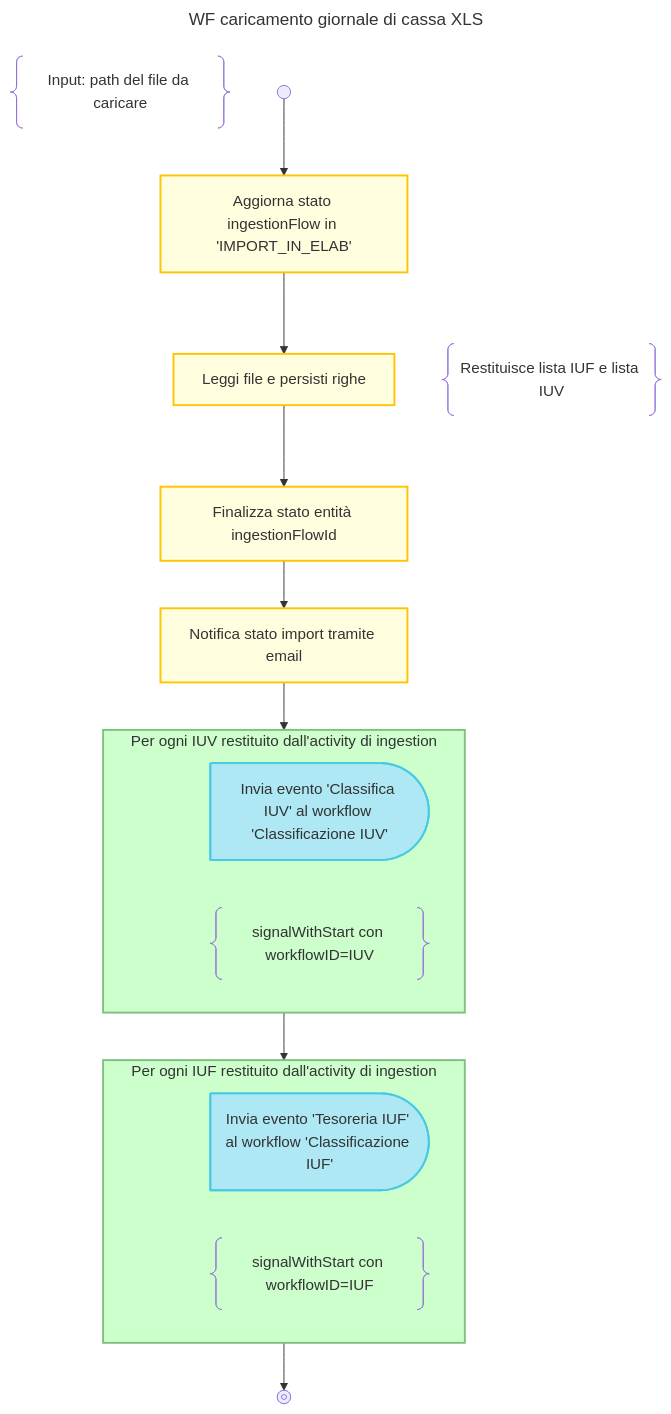
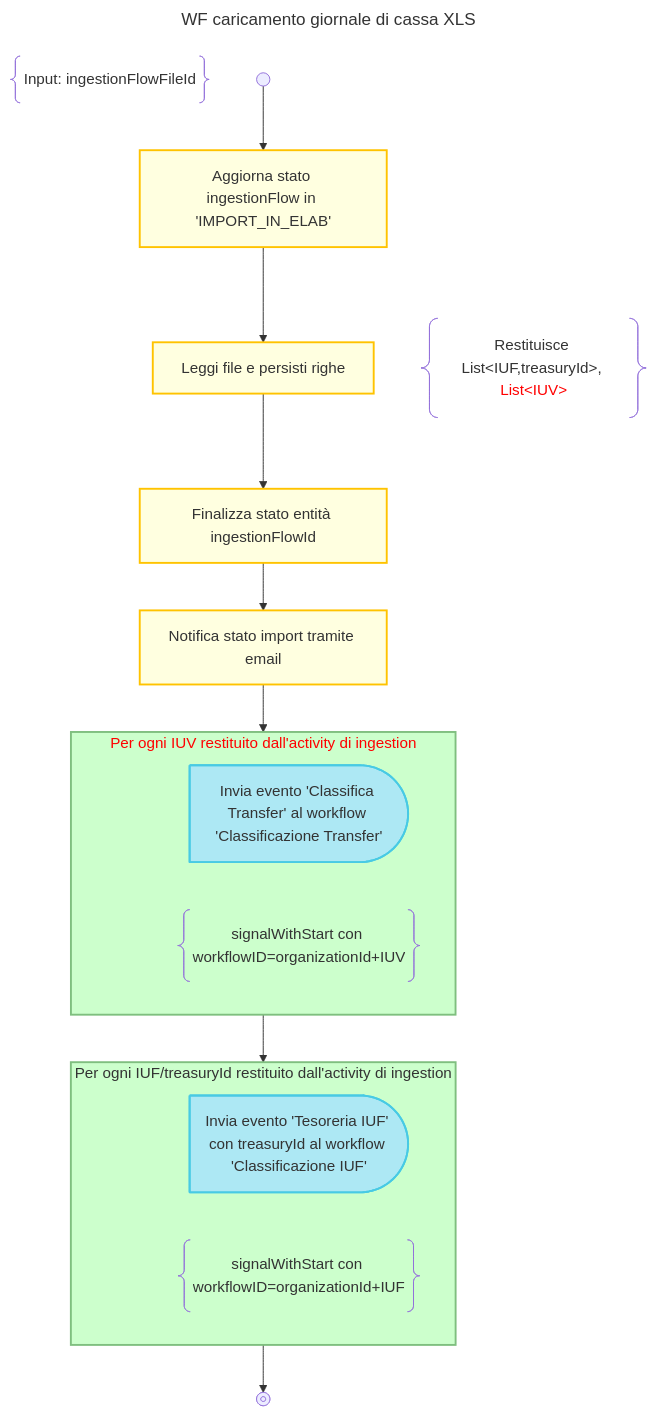
The diagram in design/workflow/classificazioneIncassi/04.tesoreriaXLS-ingestion.mmd (pagopa/p4pa-doc), drawn with Mermaid before and after one commit. The commit also changed 20 other files, not shown here.

Commit message:
fix classification sequencing by orgId+IUV+IUR+transferIndex

```diff
--- a/design/workflow/classificazioneIncassi/04.tesoreriaXLS-ingestion.mmd
+++ b/design/workflow/classificazioneIncassi/04.tesoreriaXLS-ingestion.mmd
@@ -1,52 +1,53 @@
 ---
 title: WF caricamento giornale di cassa XLS
 ---
 flowchart TD
-    DESCRIPTION@{ shape: braces, label: "Input: path del file da caricare" }
+    DESCRIPTION@{ shape: braces, label: "Input: ingestionFlowFileId" }
     START@{shape: start} -->
     UPDATE_STATUS_INELAB:::activity@{label: "Aggiorna stato ingestionFlow in 'IMPORT_IN_ELAB'"} -->
     INGESTION:::activity@{label: "Leggi file e persisti righe"}
 
     subgraph INGESTION_NOTE_BLOCK
         INGESTION
-        INGESTION_NOTE@{shape: braces, label: "Restituisce lista IUF e lista IUV"}
+        INGESTION_NOTE@{shape: braces, label: "Restituisce List&lt;IUF,treasuryId&gt;, <span style=\"color:red\">List&lt;IUV&gt;</span>"}
     end
     class INGESTION_NOTE_BLOCK note_block
 
     INGESTION -->
     UPDATE_STATUS_COMPLETE:::activity@{label: "Finalizza stato entità ingestionFlowId"} -->
     SEND_EMAIL:::activity@{label: "Notifica stato import tramite email"} -->
     LOOP_IUVs
 
     subgraph LOOP_IUVs["Per ogni IUV restituito dall'activity di ingestion"]
 
         %% dummy block added to have an empty line
         DUMMY1:::hidden-->SIGNAL_IUV
         linkStyle 5 display:none;
 
-        SIGNAL_IUV:::send-signal@{shape: delay, label: "Invia evento 'Classifica IUV' al workflow 'Classificazione IUV'"}
-        NOTE_SIGNAL_IUV@{ shape: braces, label: "signalWithStart con workflowID=IUV" }
+        SIGNAL_IUV:::send-signal@{shape: delay, label: "Invia evento 'Classifica Transfer' al workflow 'Classificazione Transfer'"}
+        NOTE_SIGNAL_IUV@{ shape: braces, label: "signalWithStart con workflowID=organizationId+IUV" }
     end
     class LOOP_IUVs loop
+    style LOOP_IUVs color:red;
 
     LOOP_IUVs --> LOOP_IUFs
 
-    subgraph LOOP_IUFs["Per ogni IUF restituito dall'activity di ingestion"]
+    subgraph LOOP_IUFs["Per ogni IUF/treasuryId restituito dall'activity di ingestion"]
 
         %% dummy block added to have an empty line
         DUMMY2:::hidden-->SIGNAL_IUF
         linkStyle 7 display:none;
 
-        SIGNAL_IUF:::send-signal@{shape: delay, label: "Invia evento 'Tesoreria IUF' al workflow 'Classificazione IUF'"}
-        NOTE_SIGNAL_IUF@{ shape: braces, label: "signalWithStart con workflowID=IUF" }
+        SIGNAL_IUF:::send-signal@{shape: delay, label: "Invia evento 'Tesoreria IUF' con treasuryId al workflow 'Classificazione IUF'"}
+        NOTE_SIGNAL_IUF@{ shape: braces, label: "signalWithStart con workflowID=organizationId+IUF" }
     end
     class LOOP_IUFs loop
 
     LOOP_IUFs --> END@{shape: stop}
 
 
     classDef hidden display:none;
     classDef note_block display:none;
     classDef activity fill:#FFFFE0, stroke:#ffc300, stroke-width:2px;
     classDef loop fill:#CCFFCC, stroke:#7FBF7F, stroke-width:2px, padding-bottom: 5px;
     classDef send-signal fill:#ade8f4, stroke:#48cae4, stroke-width:2px
```
